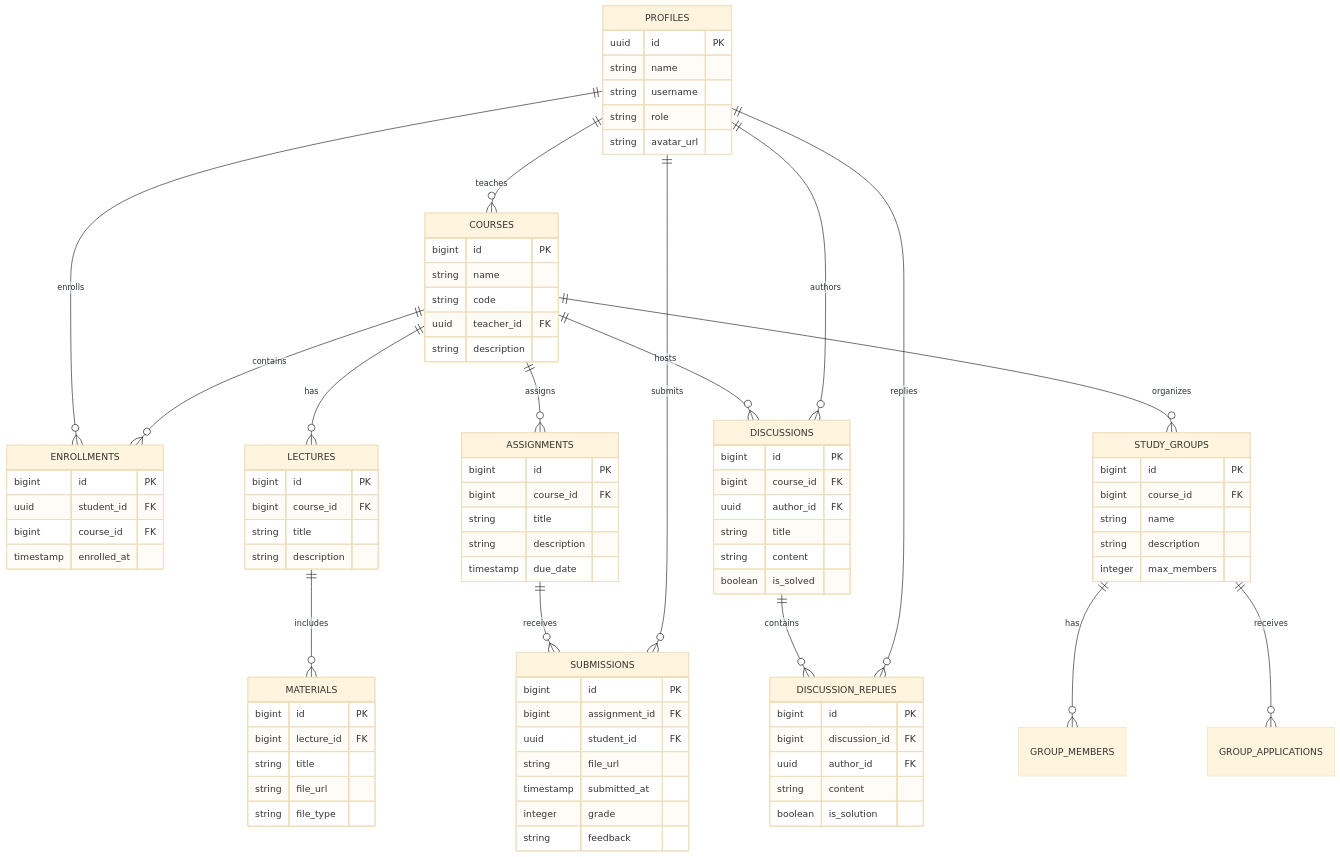
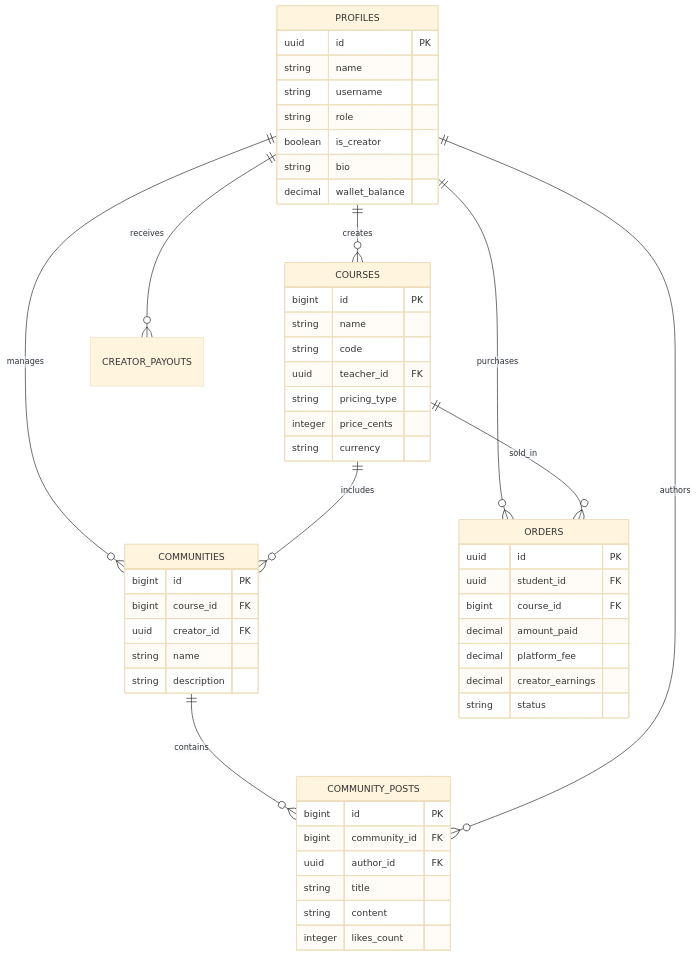
Before and after one commit to ta3allam/ta3: the third of 3 diagrams in arch.md, drawn with Mermaid (base theme). The commit also changed other lines of this file and 2 other files, not shown here.

Commit message:
docs(pivot): update 3_WEEK_ROADMAP.md, arch.md, and README.md for Ta3 v4.0 Arabic Learning Marketplace & Creator Community Platform

````diff
--- a/arch.md
+++ b/arch.md
@@ -129,27 +86,22 @@
 ```mermaid
 erDiagram
-    PROFILES ||--o{ COURSES : "teaches"
-    PROFILES ||--o{ ENROLLMENTS : "enrolls"
-    COURSES ||--o{ ENROLLMENTS : "contains"
-    COURSES ||--o{ LECTURES : "has"
-    LECTURES ||--o{ MATERIALS : "includes"
-    COURSES ||--o{ ASSIGNMENTS : "assigns"
-    ASSIGNMENTS ||--o{ SUBMISSIONS : "receives"
-    PROFILES ||--o{ SUBMISSIONS : "submits"
-    COURSES ||--o{ DISCUSSIONS : "hosts"
-    PROFILES ||--o{ DISCUSSIONS : "authors"
-    DISCUSSIONS ||--o{ DISCUSSION_REPLIES : "contains"
-    PROFILES ||--o{ DISCUSSION_REPLIES : "replies"
-    COURSES ||--o{ STUDY_GROUPS : "organizes"
-    STUDY_GROUPS ||--o{ GROUP_MEMBERS : "has"
-    STUDY_GROUPS ||--o{ GROUP_APPLICATIONS : "receives"
+    PROFILES ||--o{ COURSES : "creates"
+    PROFILES ||--o{ COMMUNITIES : "manages"
+    COURSES ||--o{ COMMUNITIES : "includes"
+    COMMUNITIES ||--o{ COMMUNITY_POSTS : "contains"
+    PROFILES ||--o{ COMMUNITY_POSTS : "authors"
+    PROFILES ||--o{ ORDERS : "purchases"
+    COURSES ||--o{ ORDERS : "sold_in"
+    PROFILES ||--o{ CREATOR_PAYOUTS : "receives"
 
     PROFILES {
         uuid id PK
         string name
         string username
         string role
-        string avatar_url
+        boolean is_creator
+        string bio
+        decimal wallet_balance
     }
 
     COURSES {
@@ -157,71 +109,35 @@
         string name
         string code
         uuid teacher_id FK
+        string pricing_type
+        integer price_cents
+        string currency
+    }
+
+    COMMUNITIES {
+        bigint id PK
+        bigint course_id FK
+        uuid creator_id FK
+        string name
         string description
     }
 
-    ENROLLMENTS {
+    COMMUNITY_POSTS {
         bigint id PK
-        uuid student_id FK
-        bigint course_id FK
-        timestamp enrolled_at
-    }
-
-    LECTURES {
-        bigint id PK
-        bigint course_id FK
-        string title
-        string description
-    }
-
-    MATERIALS {
-        bigint id PK
-        bigint lecture_id FK
-        string title
-        string file_url
-        string file_type
-    }
-
-    ASSIGNMENTS {
-        bigint id PK
-        bigint course_id FK
-        string title
-        string description
-        timestamp due_date
-    }
-
-    SUBMISSIONS {
-        bigint id PK
-        bigint assignment_id FK
-        uuid student_id FK
-        string file_url
-        timestamp submitted_at
-        integer grade
-        string feedback
-    }
-
-    DISCUSSIONS {
-        bigint id PK
-        bigint course_id FK
+        bigint community_id FK
         uuid author_id FK
         string title
         string content
-        boolean is_solved
+        integer likes_count
     }
 
-    DISCUSSION_REPLIES {
-        bigint id PK
-        bigint discussion_id FK
-        uuid author_id FK
-        string content
-        boolean is_solution
-    }
-
-    STUDY_GROUPS {
-        bigint id PK
+    ORDERS {
+        uuid id PK
+        uuid student_id FK
         bigint course_id FK
-        string name
-        string description
-        integer max_members
+        decimal amount_paid
+        decimal platform_fee
+        decimal creator_earnings
+        string status
     }
 ```
````
